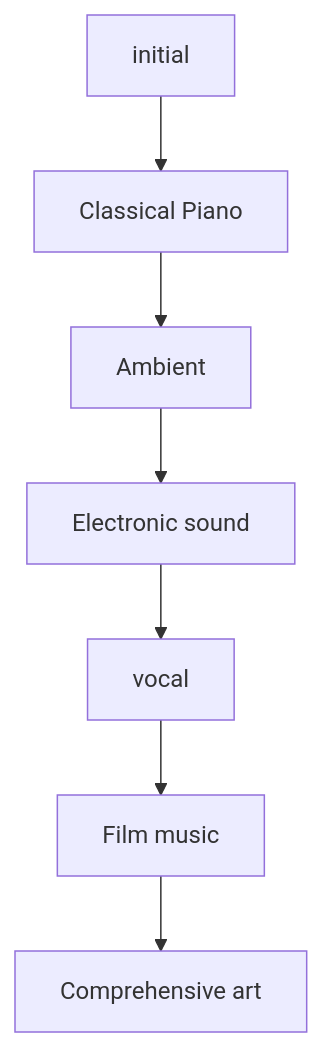
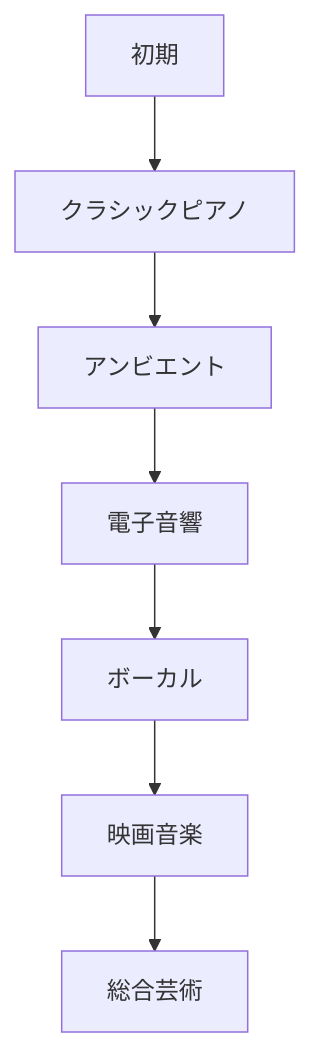
One commit to monumental-movement/monumental-movement.github.io changed diagram 13 of 13 in en/_posts/2026-08-05-column-hania-rani.md. Above: the diagram before and after it, drawn with Mermaid. The commit also changed other lines of this file and 2196 other files, not shown here.

```diff
--- a/en/_posts/2026-08-05-column-hania-rani.md
+++ b/en/_posts/2026-08-05-column-hania-rani.md
@@ -1651,18 +1651,18 @@
 <div class="mermaid">
 graph TD
 
-A["initial"]
+A["初期"]
 
-A --> B["Classical Piano"]
+A --> B["クラシックピアノ"]
 
-B --> C["Ambient"]
+B --> C["アンビエント"]
 
-C --> D["Electronic sound"]
+C --> D["電子音響"]
 
-D --> E["vocal"]
+D --> E["ボーカル"]
 
-E --> F["Film music"]
+E --> F["映画音楽"]
 
-F --> G["Comprehensive art"]
+F --> G["総合芸術"]
 
 </div>
```
